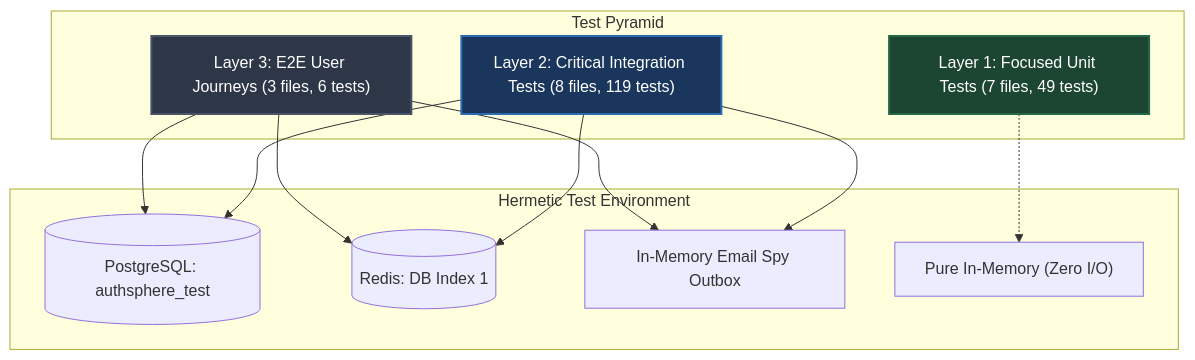
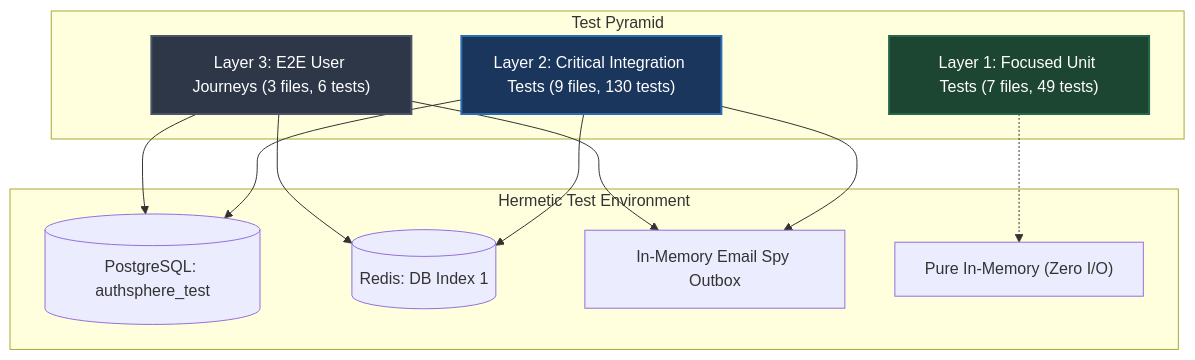
Before and after one commit to utkarshj014/authsphere: the first of 2 diagrams in docs/TESTING.md, drawn with Mermaid. The commit also changed other lines of this file and 19 other files, not shown here.

````diff
--- a/docs/TESTING.md
+++ b/docs/TESTING.md
@@ -47,19 +47,19 @@
 ```mermaid
 graph TD
     subgraph TP ["Test Pyramid"]
         E2E["Layer 3: E2E User Journeys (3 files, 6 tests)"]
-        INT["Layer 2: Critical Integration Tests (8 files, 119 tests)"]
+        INT["Layer 2: Critical Integration Tests (9 files, 130 tests)"]
         UNIT["Layer 1: Focused Unit Tests (7 files, 49 tests)"]
     end
 
     subgraph HTE ["Hermetic Test Environment"]
         E2E & INT --> TestDB[("PostgreSQL: authsphere_test")]
         E2E & INT --> TestRedis[("Redis: DB Index 1")]
         E2E & INT --> EmailSpy["In-Memory Email Spy Outbox"]
         UNIT -.-> PureMemory["Pure In-Memory (Zero I/O)"]
     end
 
     style E2E fill:#2d3748,stroke:#4a5568,stroke-width:2px,color:#fff
     style INT fill:#1a365d,stroke:#2b6cb0,stroke-width:2px,color:#fff
     style UNIT fill:#1c4532,stroke:#276749,stroke-width:2px,color:#fff
 ```
````
